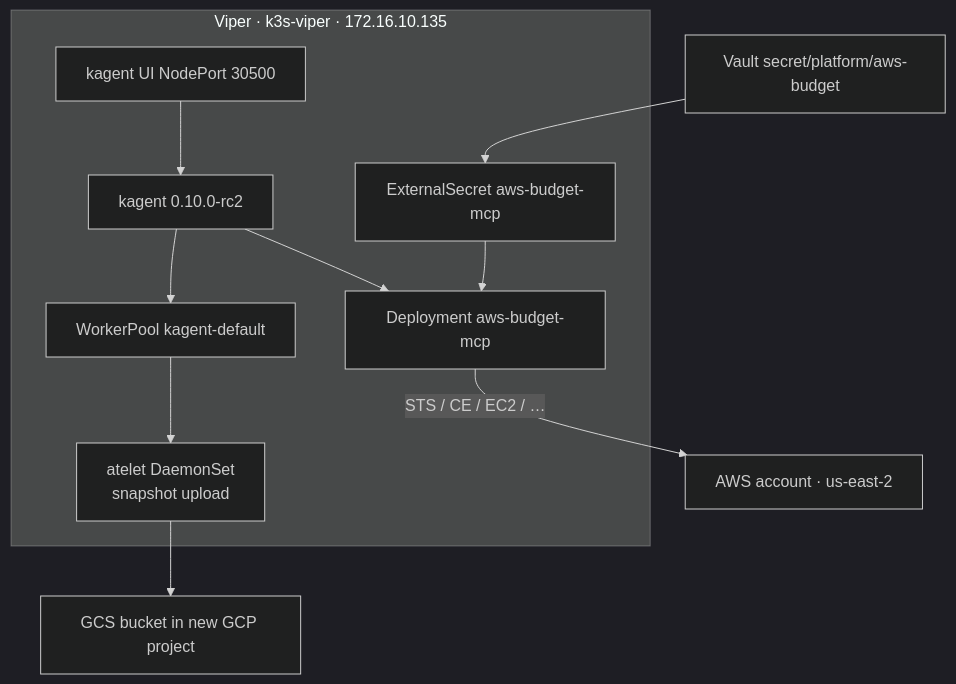
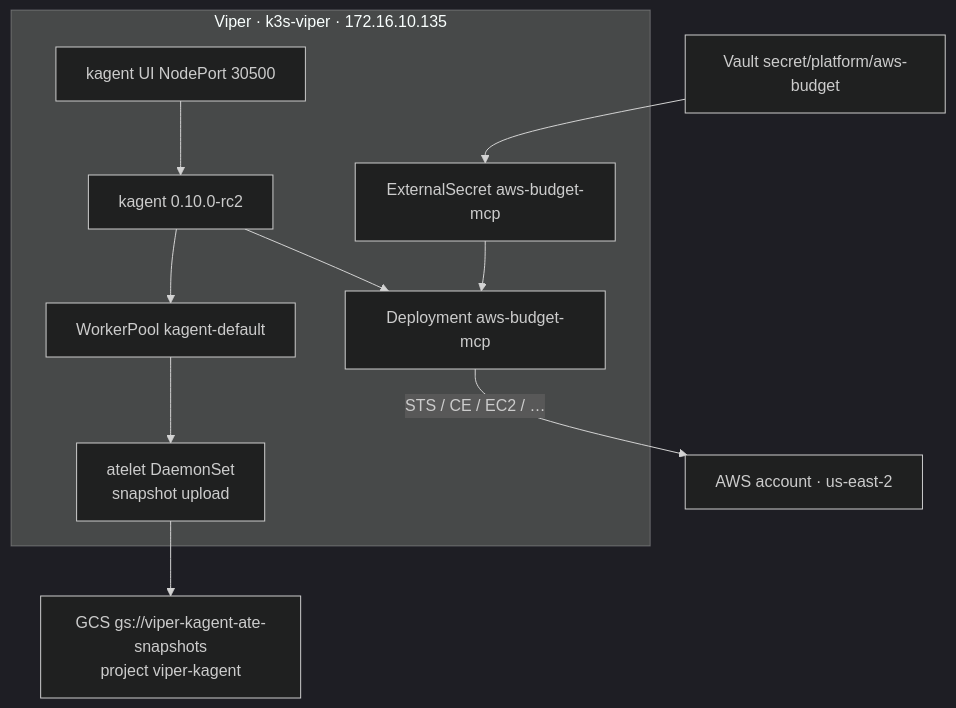
Before and after one commit to sebbycorp/kagent-agent-substrate-demos: the second of 2 diagrams in aws-sandbox-agent/docs/architecture.md, drawn with Mermaid (dark theme). The commit also changed other lines of this file and 10 other files, not shown here.

First line of the commit message:
Pin Substrate snapshots to existing viper-kagent GCS bucket

````diff
--- a/aws-sandbox-agent/docs/architecture.md
+++ b/aws-sandbox-agent/docs/architecture.md
@@ -37,20 +38,20 @@
 ```mermaid
 flowchart TB
   subgraph viper["Viper · k3s-viper · 172.16.10.135"]
     ui["kagent UI NodePort 30500"]
     ctrl["kagent 0.10.0-rc2"]
     pool["WorkerPool kagent-default"]
     atelet["atelet DaemonSet<br/>snapshot upload"]
     deploy["Deployment aws-budget-mcp"]
     eso["ExternalSecret aws-budget-mcp"]
   end
   vault["Vault secret/platform/aws-budget"]
   aws["AWS account · us-east-2"]
-  gcs["GCS bucket in new GCP project"]
+  gcs["GCS gs://viper-kagent-ate-snapshots<br/>project viper-kagent"]
 
   ui --> ctrl --> pool
   ctrl --> deploy
   vault --> eso --> deploy
   deploy -->|"STS / CE / EC2 / …"| aws
   pool --> atelet --> gcs
 ```
````
